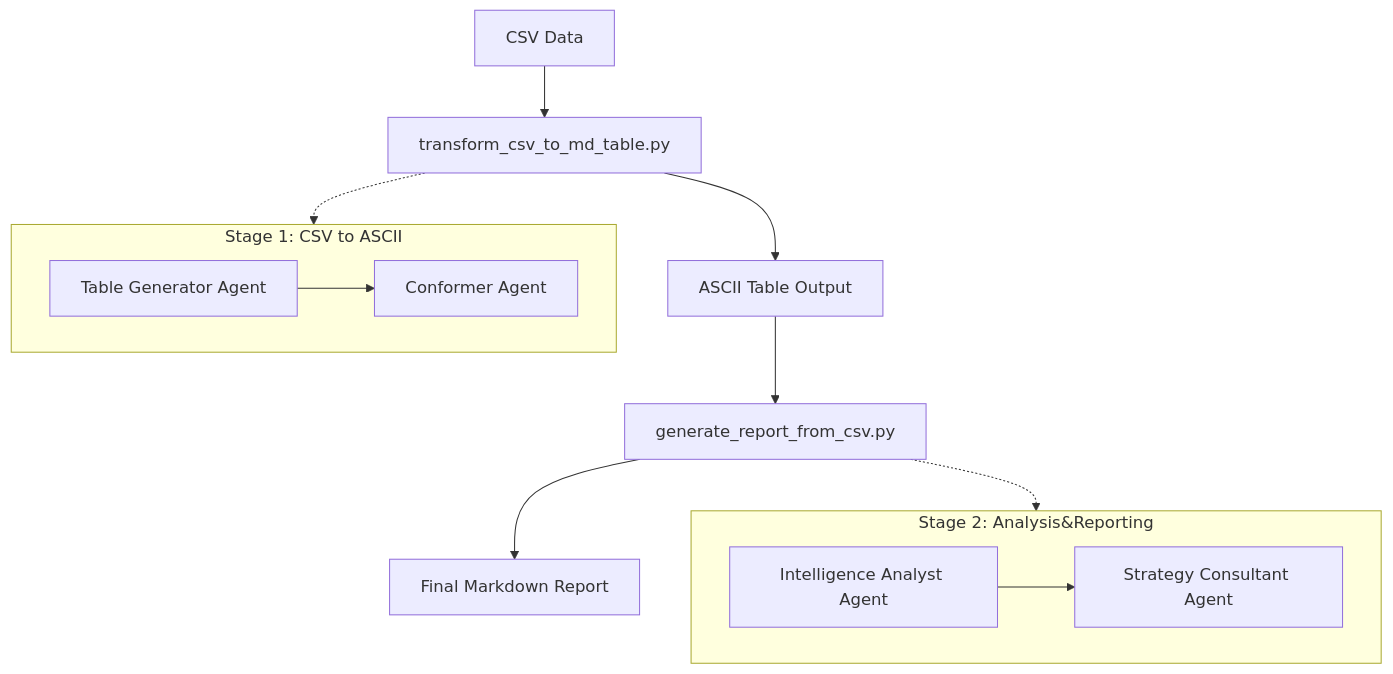
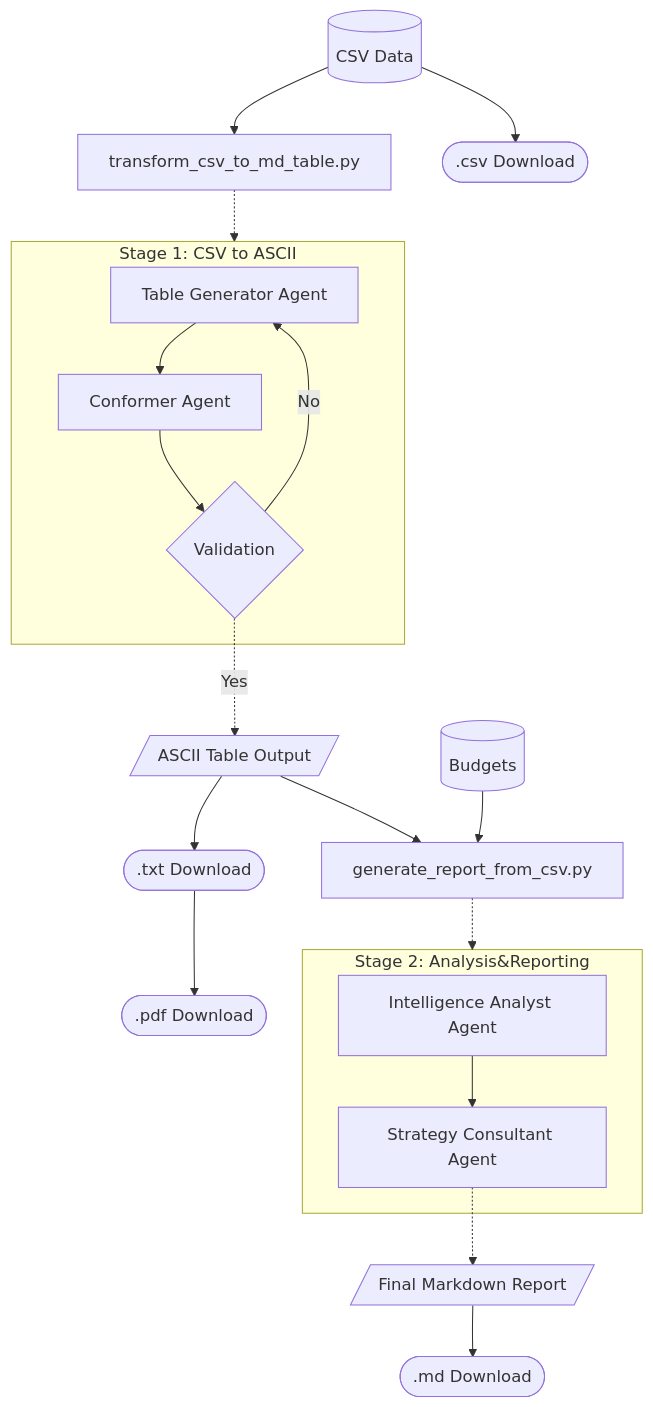
One commit to rakshita-vijay/finance-tracker changed the diagram in trial.md. Above: the diagram before and after it, drawn with Mermaid.

````diff
--- a/trial.md
+++ b/trial.md
@@ -1,23 +1,30 @@
 ```mermaid
 flowchart TD
-    A[CSV Data] --> B[transform_csv_to_md_table.py]
-    B --> C[ASCII Table Output]
-    C --> D[generate_report_from_csv.py]
-    D --> E[Final Markdown Report]
-
+    A[(CSV Data)] --> B[transform_csv_to_md_table.py]
+    A --> Aa([".csv Download"])
+    C --> Ca([".txt Download"])
+    Ca --> Cb([".pdf Download"])
+    C[/ASCII Table Output/] --> D[generate_report_from_csv.py]
+    E[(Budgets)] --> D
+    F[/Final Markdown Report/]
+    F --> Fa([".md Download"])
+ 
     subgraph Stage1 ["Stage 1: CSV to ASCII"]
         B1[Table Generator Agent]
         B2[Conformer Agent]
         B1 --> B2
+        B2 --> B3{Validation}
+        B3 -->| No | B1 
     end
 
     subgraph Stage2 ["Stage 2: Analysis&Reporting"]
         D1[Intelligence Analyst Agent]
         D2[Strategy Consultant Agent]
         D1 --> D2
     end
 
     B -.-> Stage1
     D -.-> Stage2
-
-```
+    B3 -.->| Yes | C
+    D2 -.-> F 
+``` 
````
